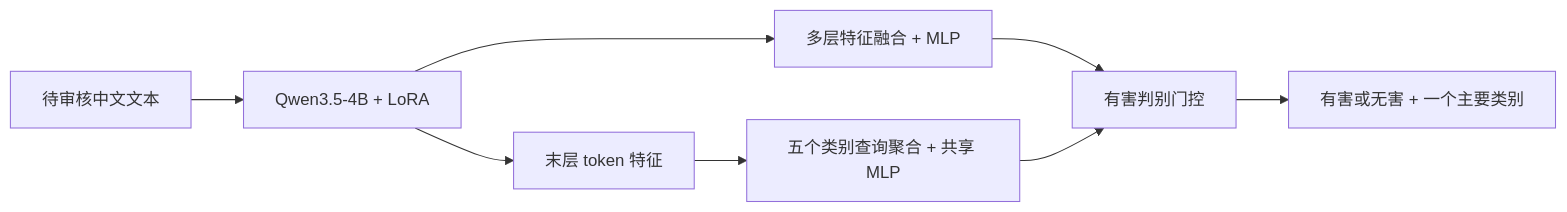
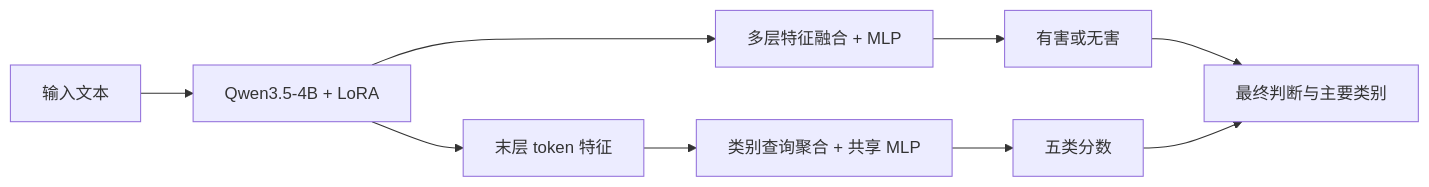
Before and after one commit to HDURAIN/HanGuard: the diagram in README.md, drawn with Mermaid. The commit also changed other lines of this file and 1 other file, not shown here.

````diff
--- a/README.md
+++ b/README.md
@@ -12,10 +123,11 @@
 ```mermaid
 flowchart LR
-    A[待审核中文文本] --> B[Qwen3.5-4B + LoRA]
+    A[输入文本] --> B[Qwen3.5-4B + LoRA]
     B --> C[多层特征融合 + MLP]
     B --> D[末层 token 特征]
-    D --> E[五个类别查询聚合 + 共享 MLP]
-    C --> F[有害判别门控]
-    E --> F
-    F --> G[有害或无害 + 一个主要类别]
+    D --> E[类别查询聚合 + 共享 MLP]
+    C --> F[有害或无害]
+    E --> G[五类分数]
+    F --> H[最终判断与主要类别]
+    G --> H
 ```
````
